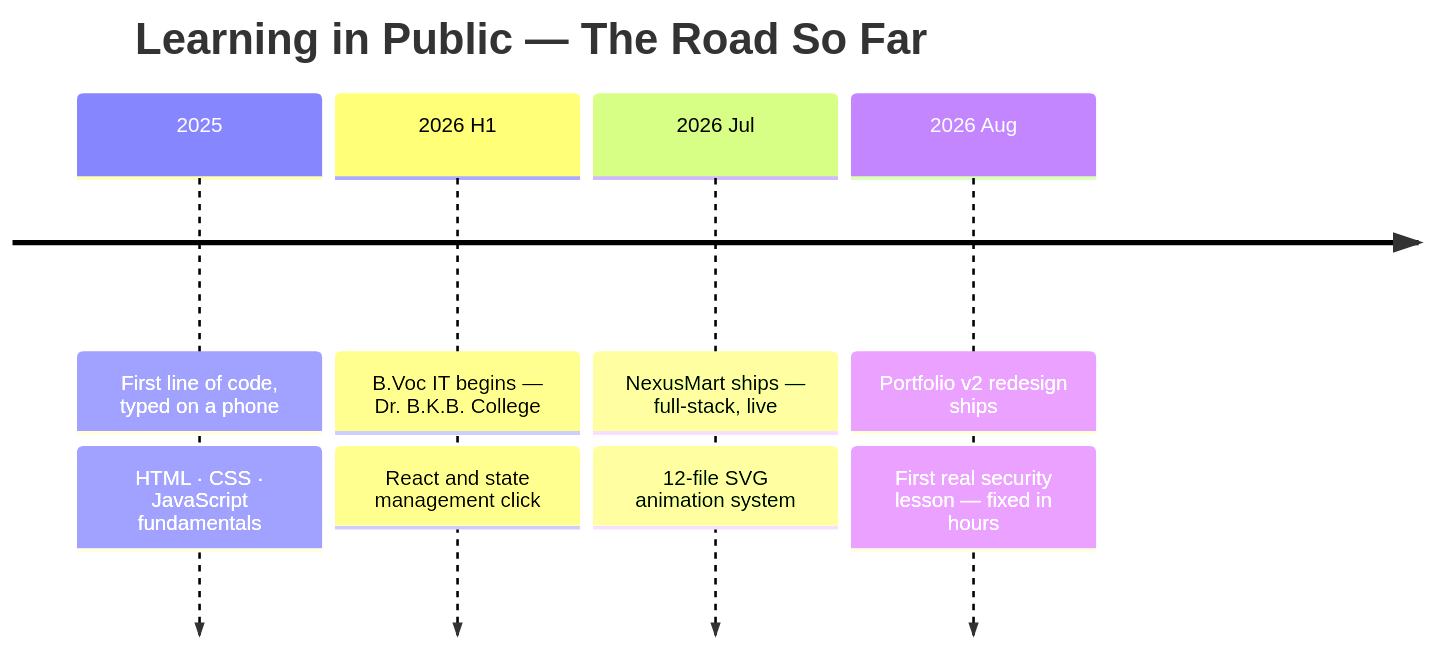
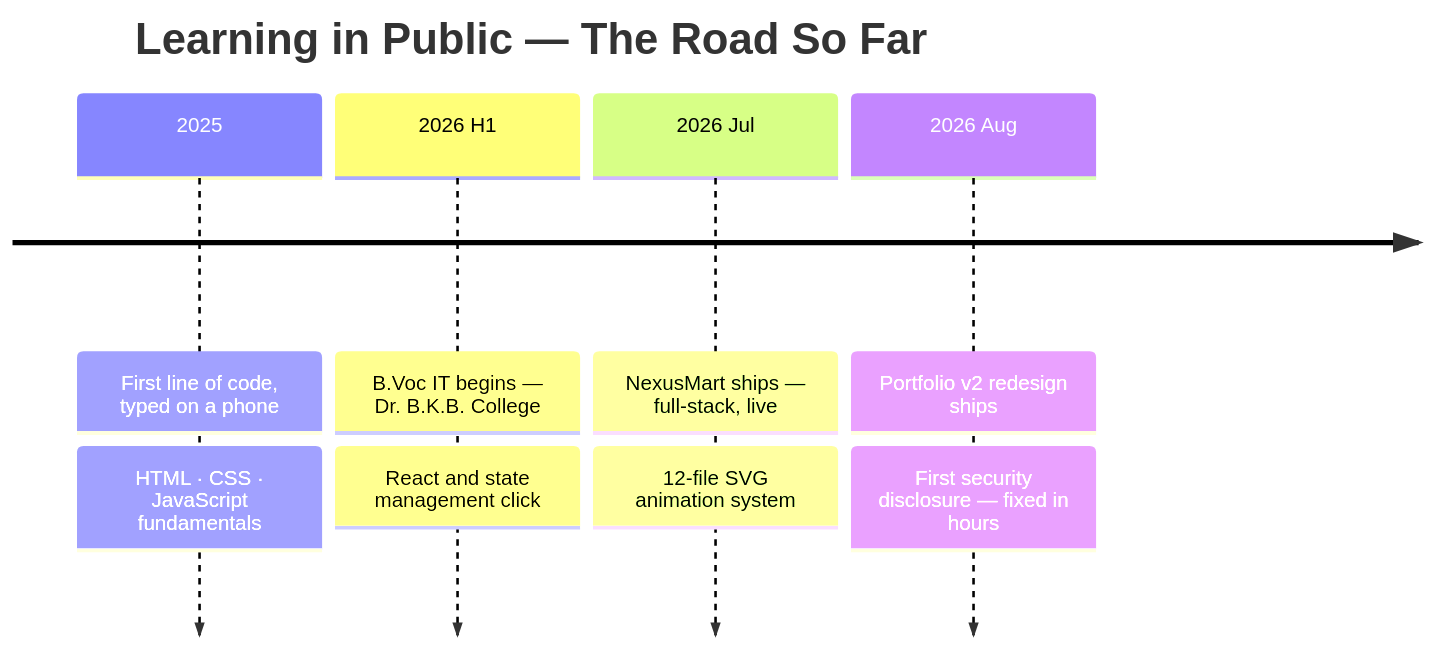
The first of 5 diagrams in README.md (Manashjyoti-Bora/Manashjyoti-Bora), drawn with Mermaid before and after one commit. The commit also changed other lines of this file and 1 other file, not shown here.

````diff
--- a/README.md
+++ b/README.md
@@ -69,12 +66,12 @@
 ```mermaid
 timeline
     title Learning in Public — The Road So Far
     2025 : First line of code, typed on a phone
          : HTML · CSS · JavaScript fundamentals
     2026 H1 : B.Voc IT begins — Dr. B.K.B. College
             : React and state management click
     2026 Jul : NexusMart ships — full-stack, live
              : 12-file SVG animation system
     2026 Aug : Portfolio v2 redesign ships
-             : First real security lesson — fixed in hours
+             : First security disclosure — fixed in hours
 ```
````
